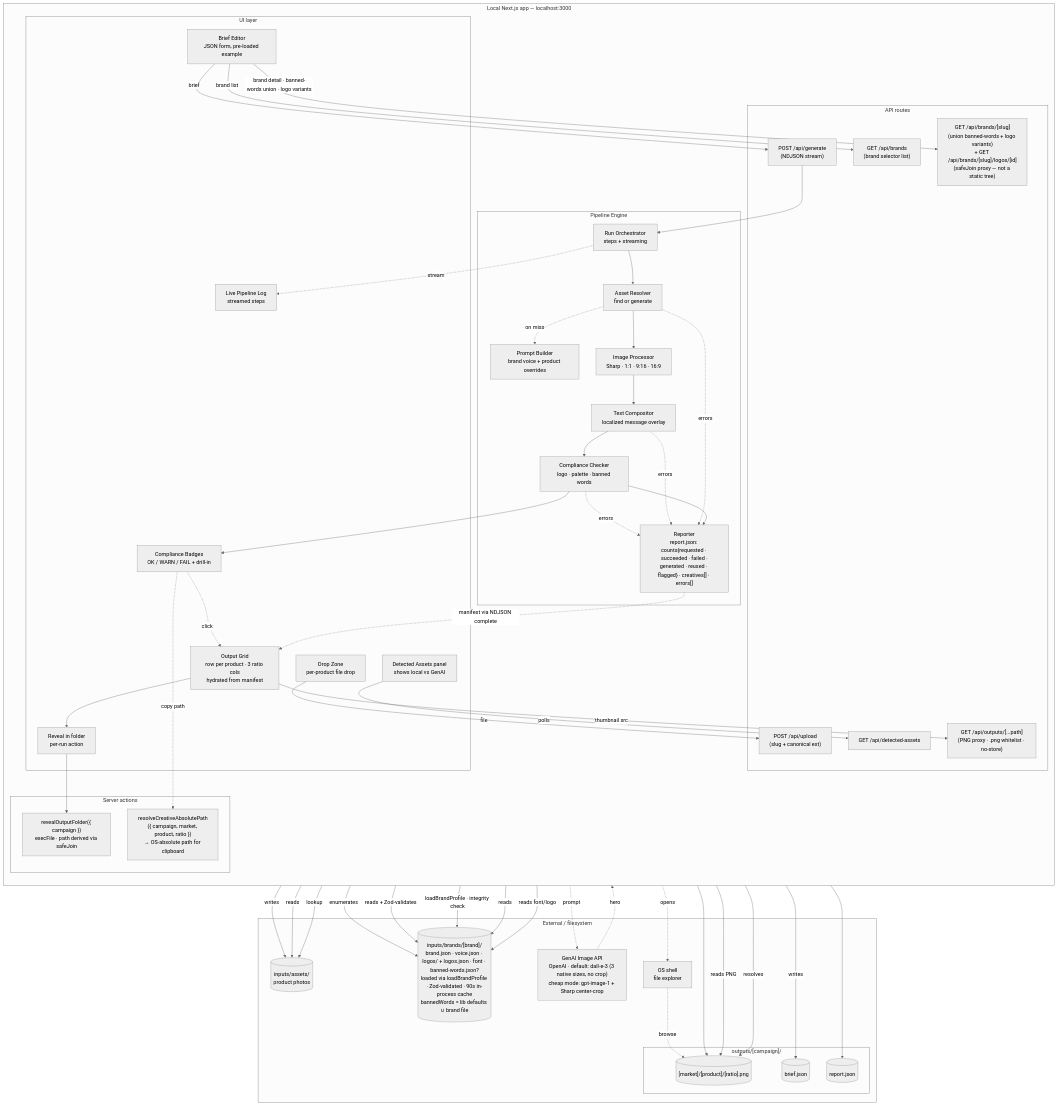
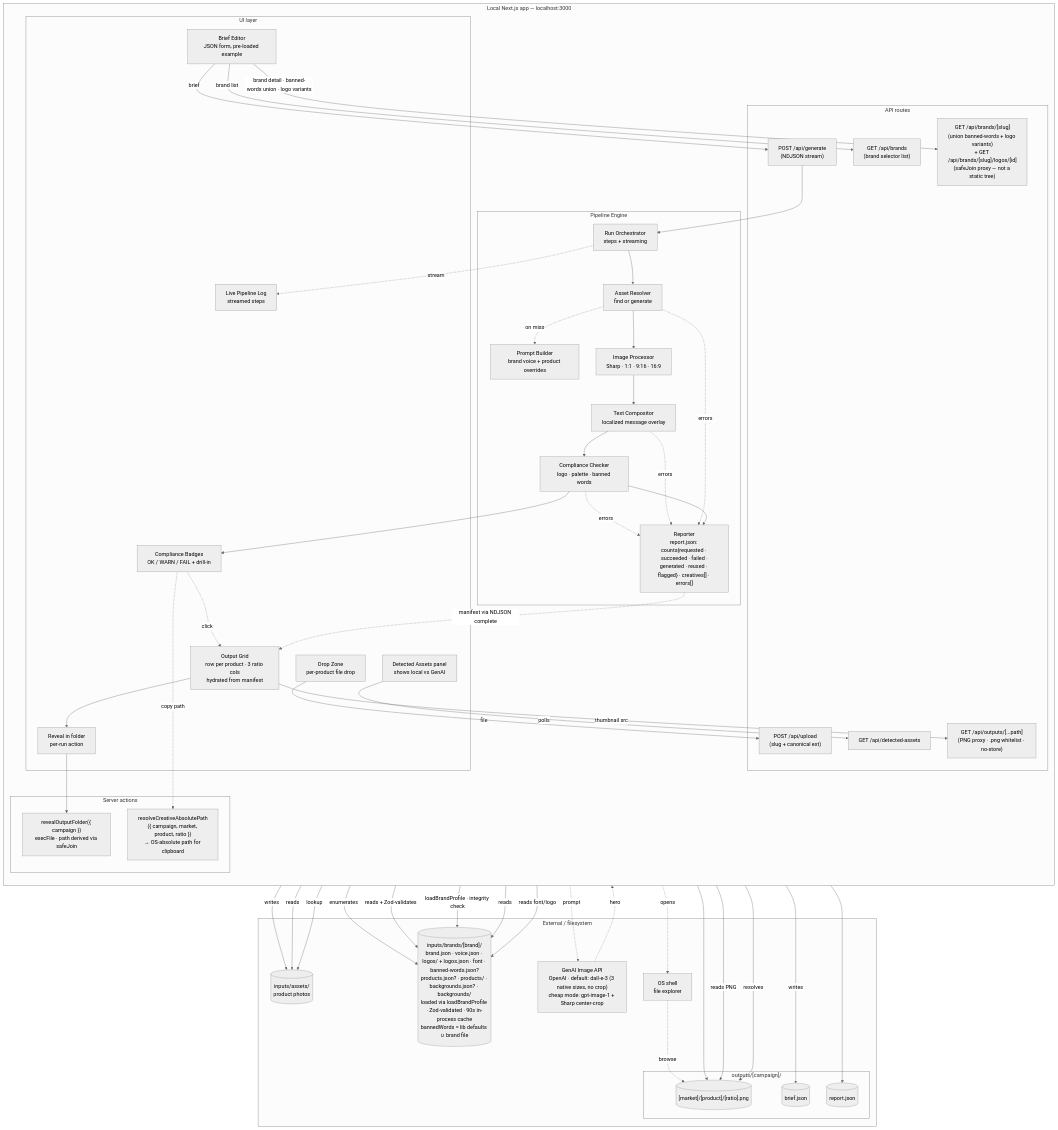
The third of 5 diagrams in docs/system-map.md (arndvs/cast), drawn with Mermaid (neutral theme) before and after one commit. The commit also changed other lines of this file and 4 other files, not shown here.

```diff
--- a/docs/system-map.md
+++ b/docs/system-map.md
@@ -87,7 +93,7 @@
 graph TB
     subgraph External["External / filesystem"]
         Inputs[("inputs/assets/<br/>product photos")]
-        BrandProfile[("inputs/brands/[brand]/<br/>brand.json · voice.json · logos/ + logos.json · font · banned-words.json?<br/>loaded via loadBrandProfile · Zod-validated · 90s in-process cache<br/>bannedWords = lib defaults ∪ brand file")]
+        BrandProfile[("inputs/brands/[brand]/<br/>brand.json · voice.json · logos/ + logos.json · font · banned-words.json?<br/>products.json? · products/ · backgrounds.json? · backgrounds/<br/>loaded via loadBrandProfile · Zod-validated · 90s in-process cache<br/>bannedWords = lib defaults ∪ brand file")]
         subgraph CampaignOut["outputs/[campaign]/"]
             Outputs[("[market]/[product]/[ratio].png")]
             BriefFile[("brief.json")]
```
